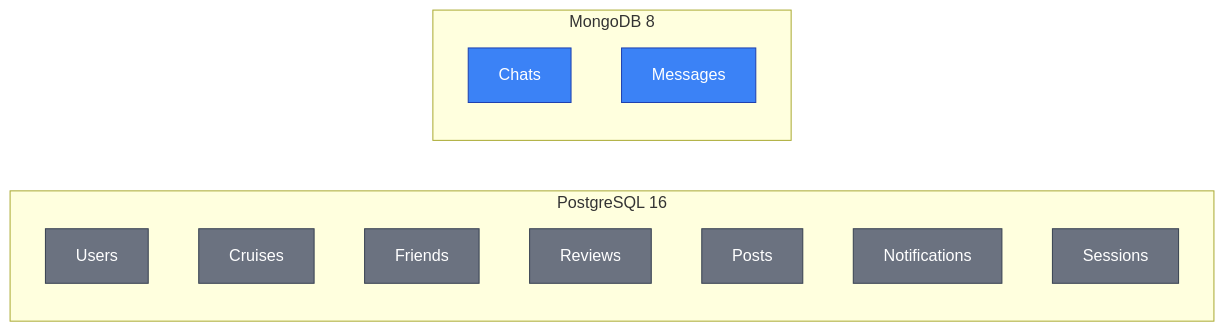
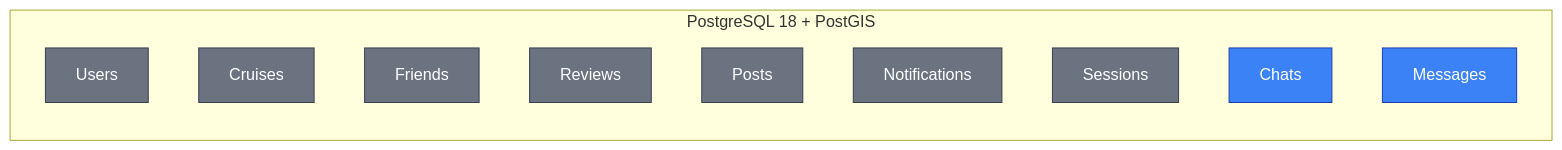
Before and after one commit to kardasz/skipper-club-android: the second of 6 diagrams in docs/api/overview/architecture.md, drawn with Mermaid. The commit also changed other lines of this file and 45 other files, not shown here.

````diff
--- a/docs/api/overview/architecture.md
+++ b/docs/api/overview/architecture.md
@@ -65,20 +63,17 @@
 ```mermaid
 flowchart LR
-    subgraph PostgreSQL["PostgreSQL 16"]
+    subgraph PostgreSQL["PostgreSQL 18 + PostGIS"]
         U[Users]:::state
         C[Cruises]:::state
         F[Friends]:::state
         R[Reviews]:::state
         P[Posts]:::state
         N[Notifications]:::state
         S[Sessions]:::state
-    end
-
-    subgraph MongoDB["MongoDB 8"]
         CH[Chats]:::trigger
         M[Messages]:::trigger
     end
 
     classDef state fill:#6B7280,stroke:#374151,color:#FFFFFF
     classDef trigger fill:#3B82F6,stroke:#1E40AF,color:#FFFFFF
 ```
````
